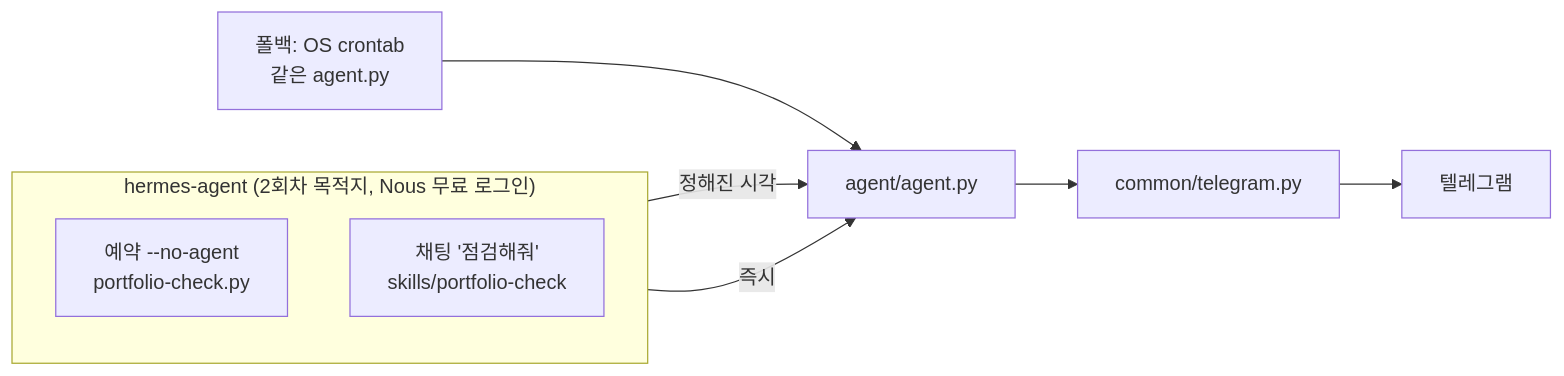
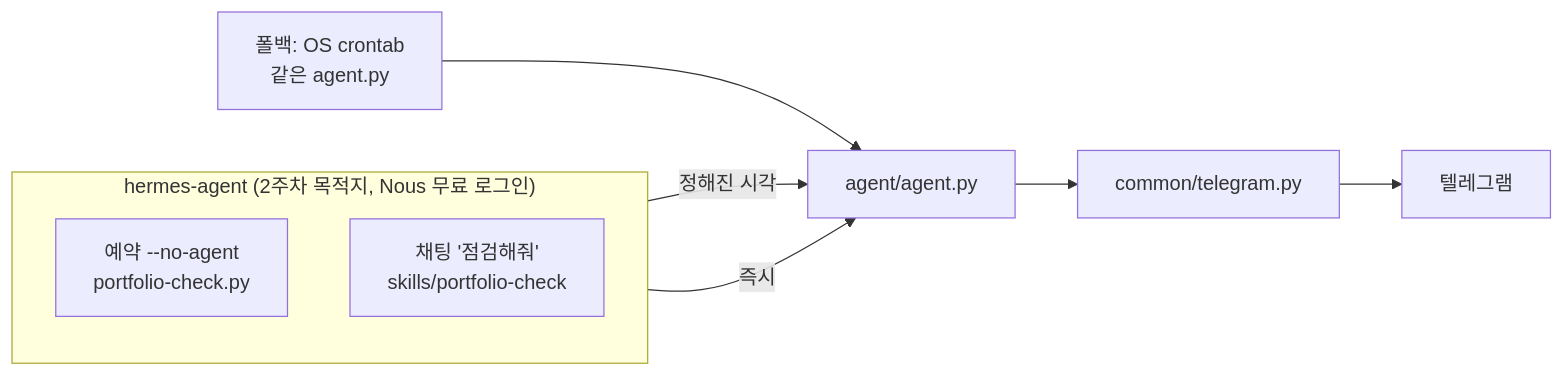
Before and after one commit to JungHoonGhae/thecamp-aitrading: the third of 3 diagrams in lessons/참고/아키텍처.md, drawn with Mermaid. The commit also changed 14 other files, not shown here.

````diff
--- a/lessons/참고/아키텍처.md
+++ b/lessons/참고/아키텍처.md
@@ -37,14 +37,14 @@
 ```mermaid
 flowchart LR
-    subgraph 본편["hermes-agent (2회차 목적지, Nous 무료 로그인)"]
+    subgraph 본편["hermes-agent (2주차 목적지, Nous 무료 로그인)"]
       direction TB
       CRON["예약 --no-agent<br/>portfolio-check.py"]
       CHAT["채팅 '점검해줘'<br/>skills/portfolio-check"]
     end
     FB[폴백: OS crontab<br/>같은 agent.py]
     CRON -->|정해진 시각| RUN[agent/agent.py]
     CHAT -->|즉시| RUN
     FB --> RUN
     RUN --> TG[common/telegram.py]
     TG --> TELEGRAM[텔레그램]
 ```
````
